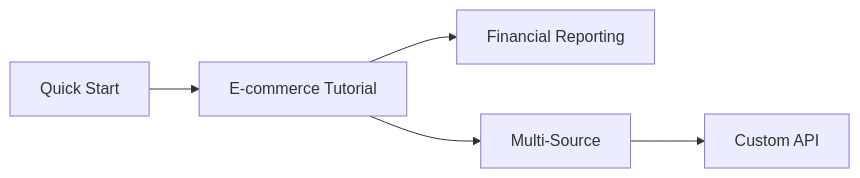
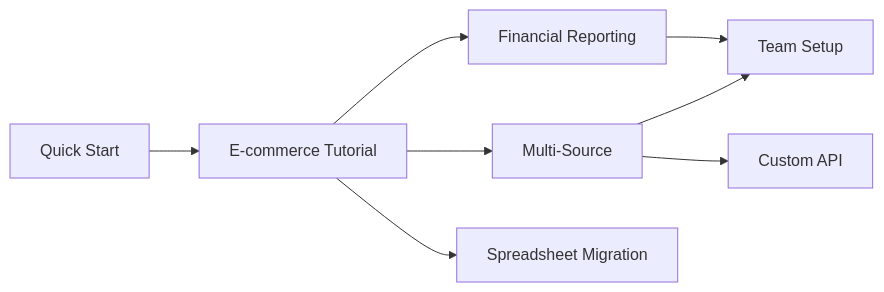
Before and after one commit to getdango/docs: the diagram in docs/guides/index.md, drawn with Mermaid. The commit also changed other lines of this file and 135 other files, not shown here.

````diff
--- a/docs/guides/index.md
+++ b/docs/guides/index.md
@@ -86,7 +119,10 @@
 ```mermaid
 graph LR
     A[Quick Start] --> B[E-commerce Tutorial]
     B --> C[Financial Reporting]
     B --> D[Multi-Source]
     D --> E[Custom API]
+    B --> F[Spreadsheet Migration]
+    C --> G[Team Setup]
+    D --> G
 ```
````
